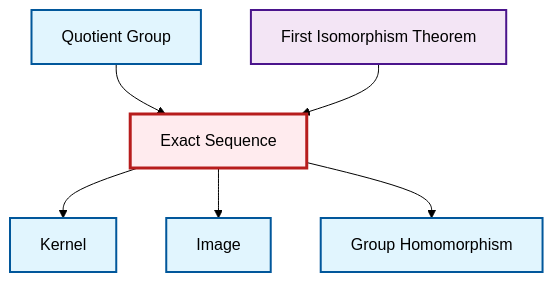
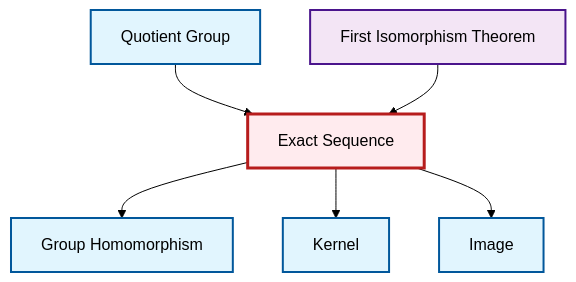
The diagram in output/mermaid/en/def-exact-sequence.mermaid (RK0429/ModernMath), drawn with Mermaid (forest theme) before and after one commit. The commit also changed other lines of this file and 3104 other files, not shown here.

```diff
--- a/output/mermaid/en/def-exact-sequence.mermaid
+++ b/output/mermaid/en/def-exact-sequence.mermaid
@@ -1,18 +1,18 @@
 graph TD
     classDef definition fill:#e1f5fe,stroke:#01579b,stroke-width:2px
     classDef theorem fill:#f3e5f5,stroke:#4a148c,stroke-width:2px
     classDef axiom fill:#fff3e0,stroke:#e65100,stroke-width:2px
     classDef example fill:#e8f5e9,stroke:#1b5e20,stroke-width:2px
     classDef current fill:#ffebee,stroke:#b71c1c,stroke-width:3px
+    thm-first-isomorphism["First Isomorphism Theorem"]:::theorem
     def-kernel["Kernel"]:::definition
     def-exact-sequence["Exact Sequence"]:::definition
     def-quotient-group["Quotient Group"]:::definition
-    thm-first-isomorphism["First Isomorphism Theorem"]:::theorem
+    def-image["Image"]:::definition
     def-homomorphism["Group Homomorphism"]:::definition
-    def-image["Image"]:::definition
     def-quotient-group --> def-exact-sequence
+    def-exact-sequence --> def-homomorphism
+    thm-first-isomorphism --> def-exact-sequence
     def-exact-sequence --> def-kernel
     def-exact-sequence --> def-image
-    thm-first-isomorphism --> def-exact-sequence
-    def-exact-sequence --> def-homomorphism
     class def-exact-sequence current
```
